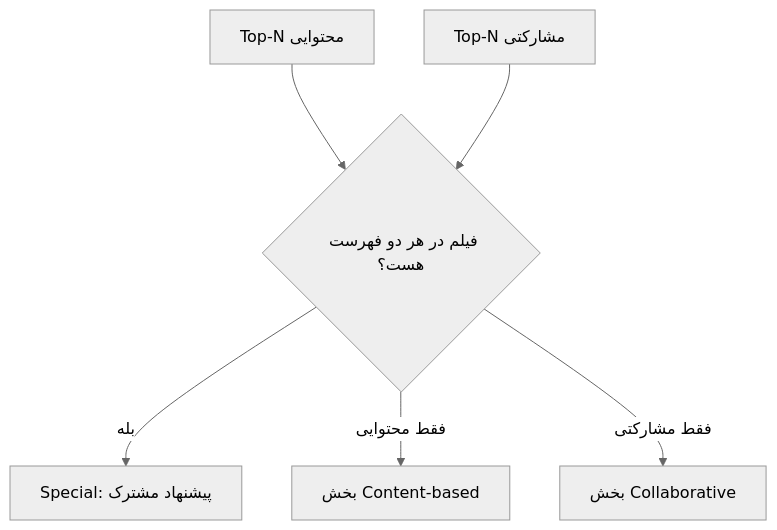
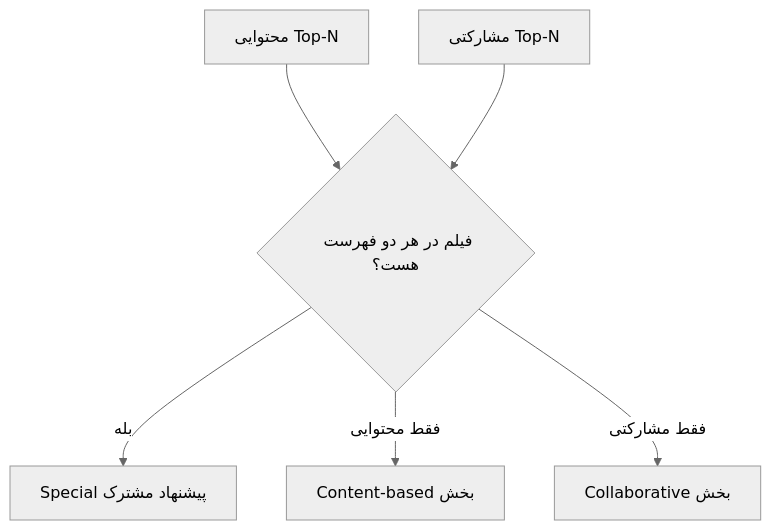
Before and after one commit to Hosein-imani/hybrid-recommendation-system: the fourth of 4 diagrams in README.md, drawn with Mermaid (neutral theme).

```diff
--- a/README.md
+++ b/README.md
@@ -372,8 +372,8 @@
 ~~~mermaid
 flowchart TD
-    A[Top-N محتوایی] --> C{فیلم در هر دو فهرست هست؟}
-    B[Top-N مشارکتی] --> C
-    C -->|بله| D[Special: پیشنهاد مشترک]
-    C -->|فقط محتوایی| E[بخش Content-based]
-    C -->|فقط مشارکتی| F[بخش Collaborative]
+    A[محتوایی Top-N] --> C{فیلم در هر دو فهرست هست؟}
+    B[مشارکتی Top-N] --> C
+    C -->|بله| D[Special پیشنهاد مشترک]
+    C -->|فقط محتوایی| E[Content-based بخش]
+    C -->|فقط مشارکتی| F[Collaborative بخش]
 ~~~
```
